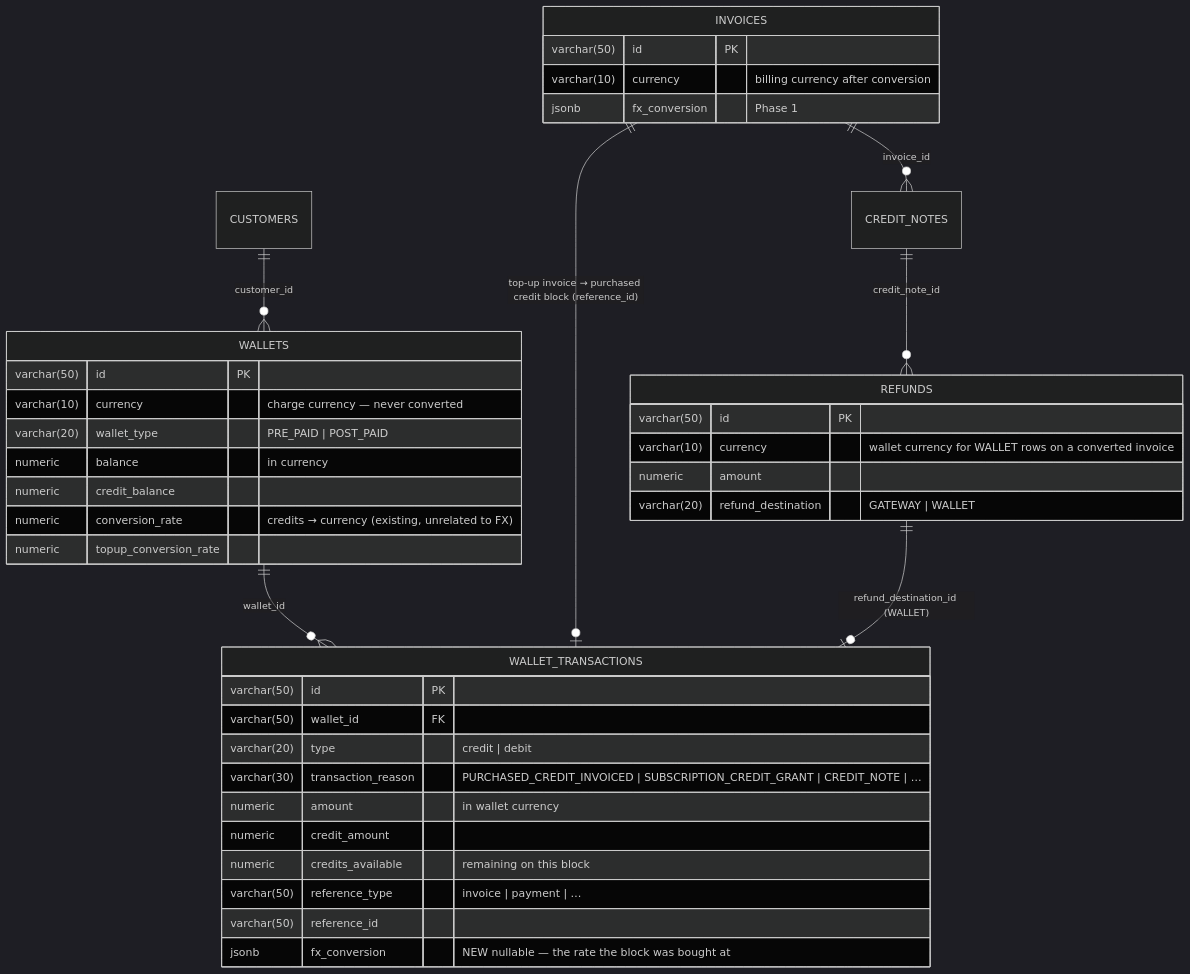
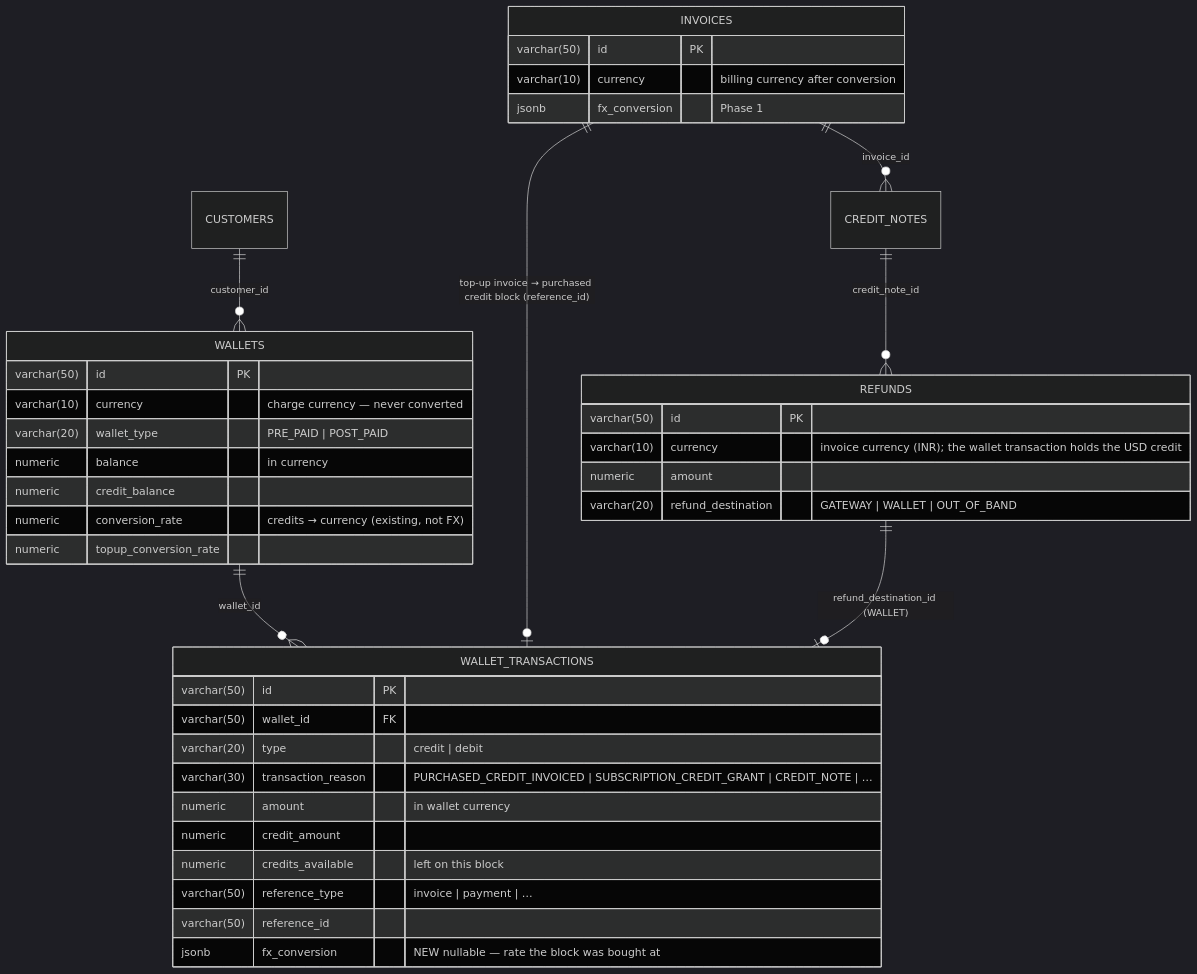
One commit to aghijap/flexprice-FLE-1411 changed the first of 5 diagrams in docs/design/2026-09-26-FLE-1383-adaptive-multi-currency-phase2-erd.md. Above: the diagram before and after it, drawn with Mermaid (dark theme). The commit also changed other lines of this file and 1 other file, not shown here.

````diff
--- a/docs/design/2026-09-26-FLE-1383-adaptive-multi-currency-phase2-erd.md
+++ b/docs/design/2026-09-26-FLE-1383-adaptive-multi-currency-phase2-erd.md
@@ -52,42 +52,42 @@
 ```mermaid
 erDiagram
     CUSTOMERS ||--o{ WALLETS : "customer_id"
     WALLETS ||--o{ WALLET_TRANSACTIONS : "wallet_id"
     INVOICES ||--o| WALLET_TRANSACTIONS : "top-up invoice → purchased credit block (reference_id)"
     INVOICES ||--o{ CREDIT_NOTES : "invoice_id"
     CREDIT_NOTES ||--o{ REFUNDS : "credit_note_id"
     REFUNDS ||--o| WALLET_TRANSACTIONS : "refund_destination_id (WALLET)"
 
     WALLETS {
         varchar(50)  id PK
         varchar(10)  currency "charge currency — never converted"
         varchar(20)  wallet_type "PRE_PAID | POST_PAID"
         numeric      balance "in currency"
         numeric      credit_balance
-        numeric      conversion_rate "credits → currency (existing, unrelated to FX)"
+        numeric      conversion_rate "credits → currency (existing, not FX)"
         numeric      topup_conversion_rate
     }
     WALLET_TRANSACTIONS {
         varchar(50)  id PK
         varchar(50)  wallet_id FK
         varchar(20)  type "credit | debit"
         varchar(30)  transaction_reason "PURCHASED_CREDIT_INVOICED | SUBSCRIPTION_CREDIT_GRANT | CREDIT_NOTE | …"
         numeric      amount "in wallet currency"
         numeric      credit_amount
-        numeric      credits_available "remaining on this block"
+        numeric      credits_available "left on this block"
         varchar(50)  reference_type "invoice | payment | …"
         varchar(50)  reference_id
-        jsonb        fx_conversion "NEW nullable — the rate the block was bought at"
+        jsonb        fx_conversion "NEW nullable — rate the block was bought at"
     }
     INVOICES {
         varchar(50)  id PK
         varchar(10)  currency "billing currency after conversion"
         jsonb        fx_conversion "Phase 1"
     }
     REFUNDS {
         varchar(50)  id PK
-        varchar(10)  currency "wallet currency for WALLET rows on a converted invoice"
+        varchar(10)  currency "invoice currency (INR); the wallet transaction holds the USD credit"
         numeric      amount
-        varchar(20)  refund_destination "GATEWAY | WALLET"
+        varchar(20)  refund_destination "GATEWAY | WALLET | OUT_OF_BAND"
     }
 ```
````
